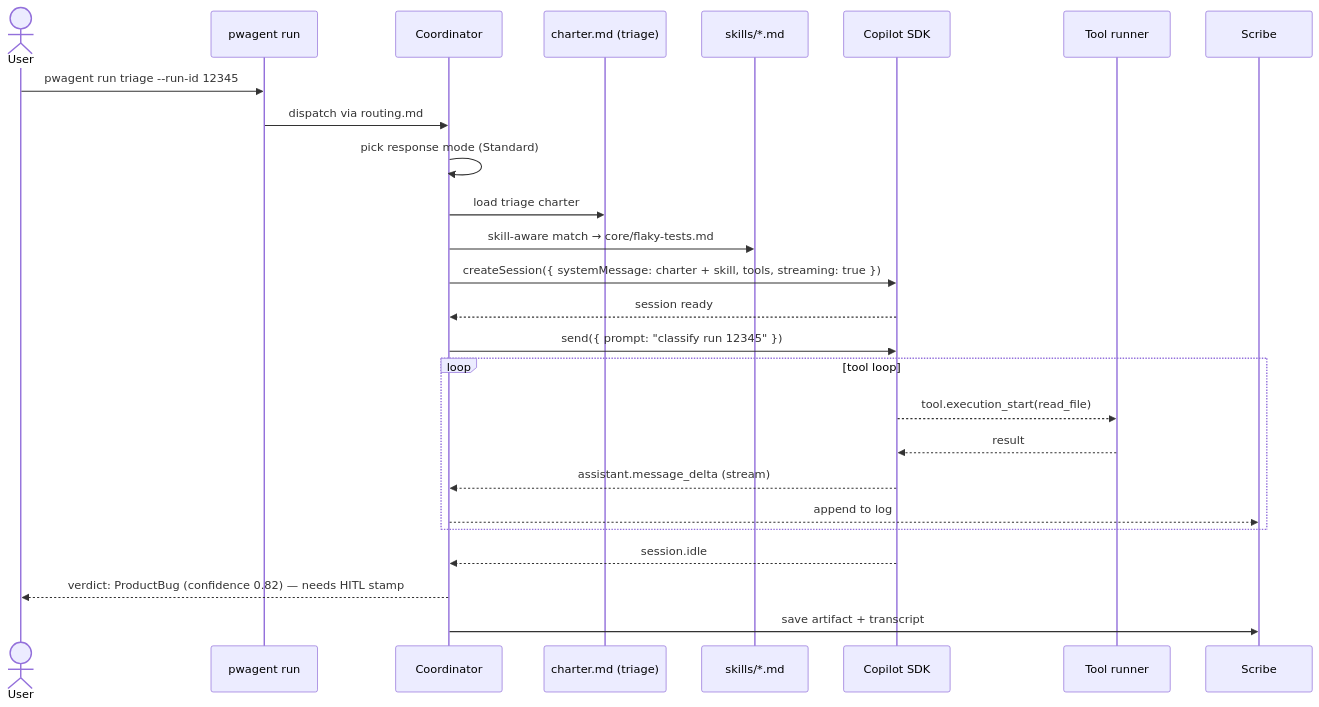
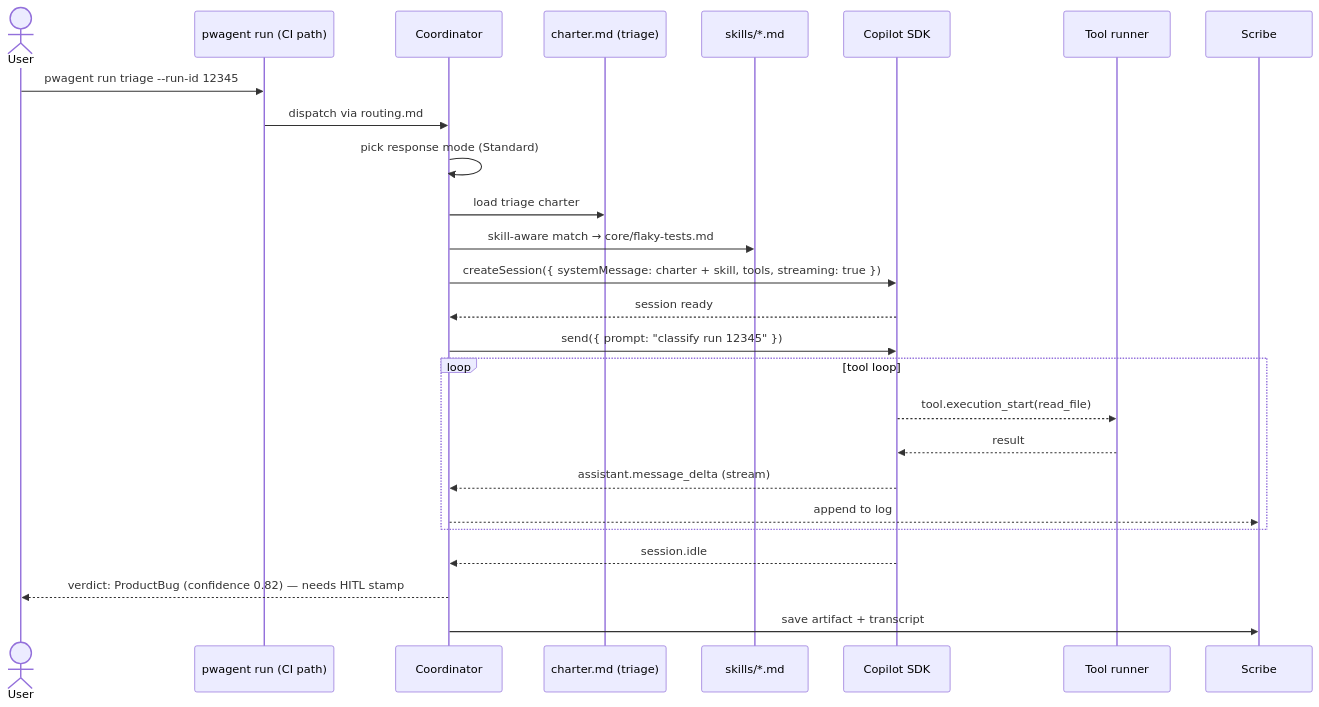
Before and after one commit to deepakkamboj/pwagent: the third of 7 diagrams in docs/pages/architecture/sequence-diagrams.mdx, drawn with Mermaid. The commit also changed other lines of this file and 3 other files, not shown here.

````diff
--- a/docs/pages/architecture/sequence-diagrams.mdx
+++ b/docs/pages/architecture/sequence-diagrams.mdx
@@ -46,32 +88,32 @@
 ```mermaid
 sequenceDiagram
     actor User
-    participant CLI as pwagent run
+    participant CLI as pwagent run (CI path)
     participant Coord as Coordinator
     participant Charter as charter.md (triage)
     participant Skills as skills/*.md
     participant SDK as Copilot SDK
     participant Tools as Tool runner
     participant Scribe
 
     User->>CLI: pwagent run triage --run-id 12345
     CLI->>Coord: dispatch via routing.md
     Coord->>Coord: pick response mode (Standard)
     Coord->>Charter: load triage charter
     Coord->>Skills: skill-aware match → core/flaky-tests.md
     Coord->>SDK: createSession({ systemMessage: charter + skill, tools, streaming: true })
 
     SDK-->>Coord: session ready
     Coord->>SDK: send({ prompt: "classify run 12345" })
 
     loop tool loop
         SDK-->>Tools: tool.execution_start(read_file)
         Tools-->>SDK: result
         SDK-->>Coord: assistant.message_delta (stream)
         Coord-->>Scribe: append to log
     end
 
     SDK-->>Coord: session.idle
     Coord-->>User: verdict: ProductBug (confidence 0.82) — needs HITL stamp
     Coord->>Scribe: save artifact + transcript
 ```
````
